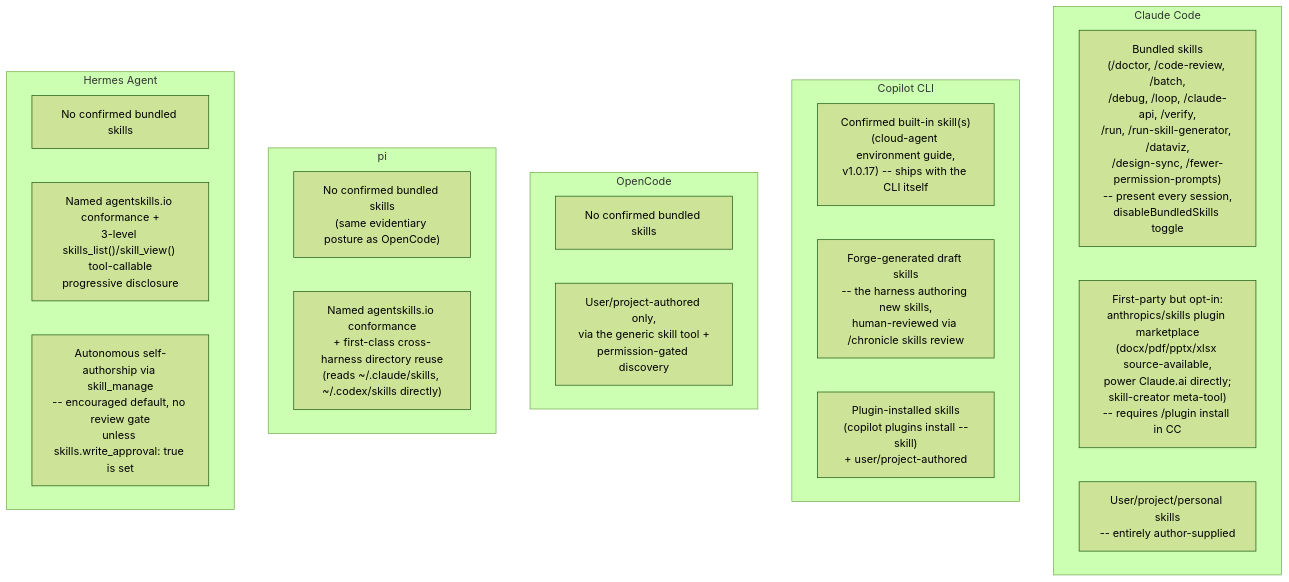
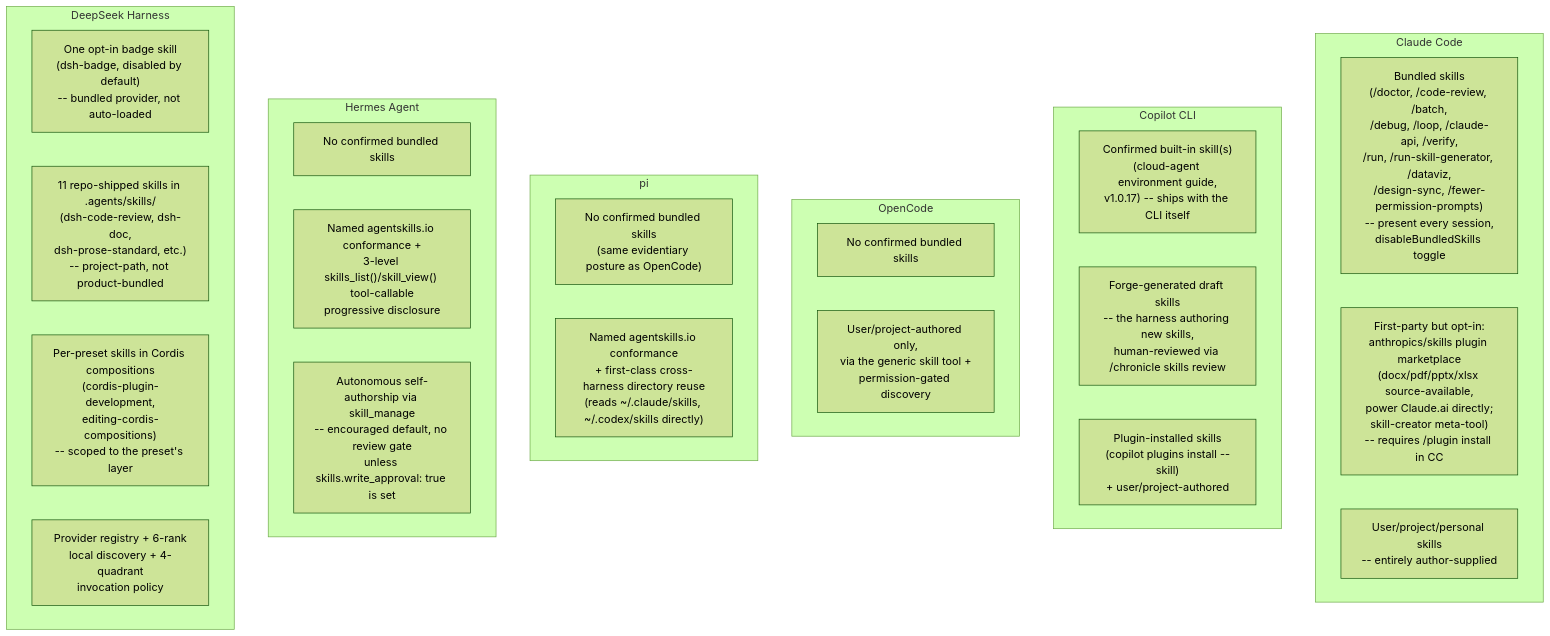
One commit to sfernandezplain/AIrchon changed the fourth of 4 diagrams in references/harnesses/built-in-skills.md. Above: the diagram before and after it, drawn with Mermaid (forest theme). The commit also changed other lines of this file and 25 other files, not shown here.

First line of the commit message:
DeepSeek Harness rollout continued (19/29 -> 23/29); add opencode as a deploy target

````diff
--- a/references/harnesses/built-in-skills.md
+++ b/references/harnesses/built-in-skills.md
@@ -526,26 +880,32 @@
 ```mermaid
 flowchart TD
     subgraph CC["Claude Code"]
         CC1["Bundled skills<br/>(/doctor, /code-review, /batch,<br/>/debug, /loop, /claude-api, /verify,<br/>/run, /run-skill-generator, /dataviz,<br/>/design-sync, /fewer-permission-prompts)<br/>-- present every session,<br/>disableBundledSkills toggle"]
         CC2["First-party but opt-in:<br/>anthropics/skills plugin marketplace<br/>(docx/pdf/pptx/xlsx source-available,<br/>power Claude.ai directly;<br/>skill-creator meta-tool)<br/>-- requires /plugin install in CC"]
         CC3["User/project/personal skills<br/>-- entirely author-supplied"]
     end
     subgraph GH["Copilot CLI"]
         G1["Confirmed built-in skill(s)<br/>(cloud-agent environment guide,<br/>v1.0.17) -- ships with the CLI itself"]
         G2["Forge-generated draft skills<br/>-- the harness authoring new skills,<br/>human-reviewed via /chronicle skills review"]
         G3["Plugin-installed skills<br/>(copilot plugins install --skill)<br/>+ user/project-authored"]
     end
     subgraph OC["OpenCode"]
         O1["No confirmed bundled skills"]
         O2["User/project-authored only,<br/>via the generic skill tool +<br/>permission-gated discovery"]
     end
     subgraph PI["pi"]
         PI1["No confirmed bundled skills<br/>(same evidentiary posture as OpenCode)"]
         PI2["Named agentskills.io conformance<br/>+ first-class cross-harness directory reuse<br/>(reads ~/.claude/skills, ~/.codex/skills directly)"]
     end
     subgraph HM["Hermes Agent"]
         HM1["No confirmed bundled skills"]
         HM2["Named agentskills.io conformance +<br/>3-level skills_list()/skill_view() tool-callable<br/>progressive disclosure"]
         HM3["Autonomous self-authorship via skill_manage<br/>-- encouraged default, no review gate<br/>unless skills.write_approval: true is set"]
     end
+    subgraph DSH["DeepSeek Harness"]
+        D1["One opt-in badge skill<br/>(dsh-badge, disabled by default)<br/>-- bundled provider, not auto-loaded"]
+        D2["11 repo-shipped skills in .agents/skills/<br/>(dsh-code-review, dsh-doc,<br/>dsh-prose-standard, etc.)<br/>-- project-path, not product-bundled"]
+        D3["Per-preset skills in Cordis compositions<br/>(cordis-plugin-development,<br/>editing-cordis-compositions)<br/>-- scoped to the preset's layer"]
+        D4["Provider registry + 6-rank<br/>local discovery + 4-quadrant<br/>invocation policy"]
+    end
 ```
````
